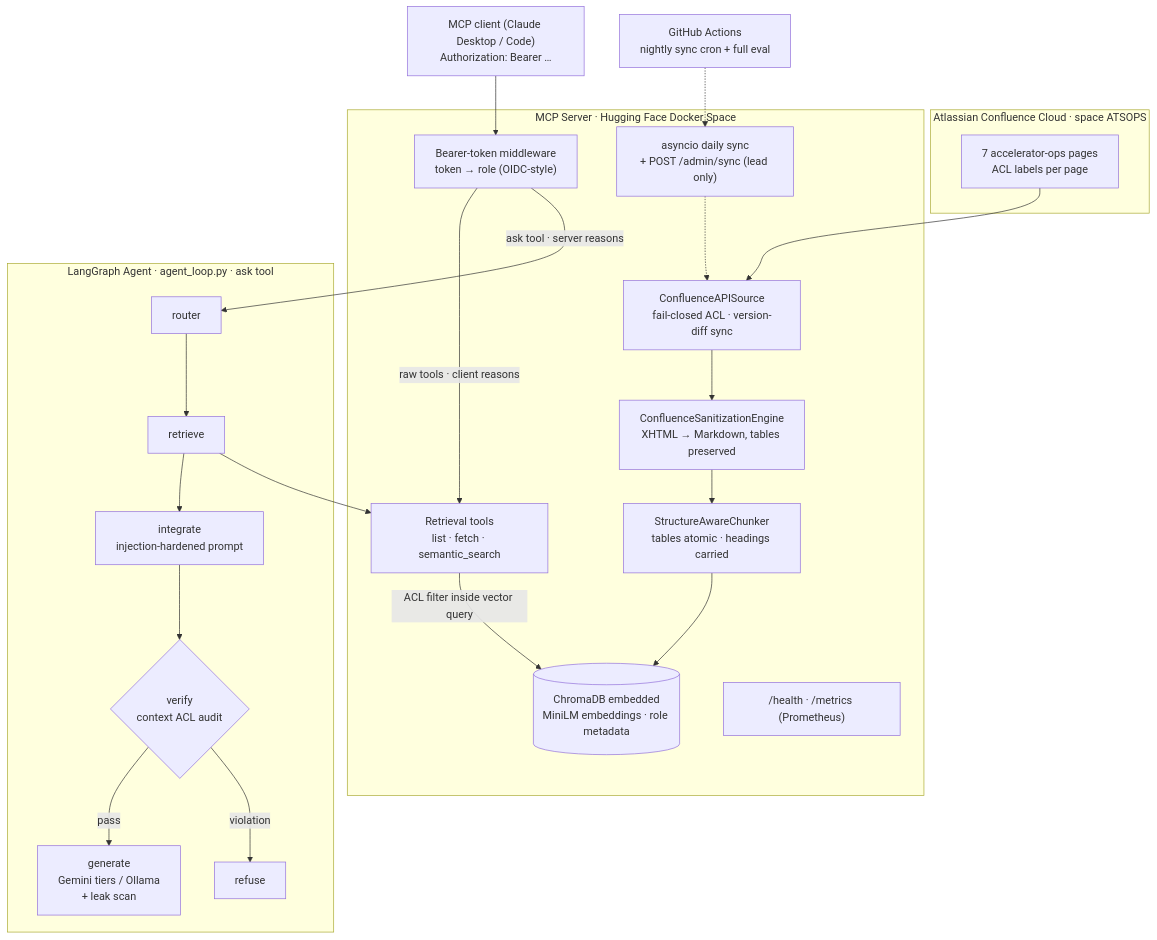
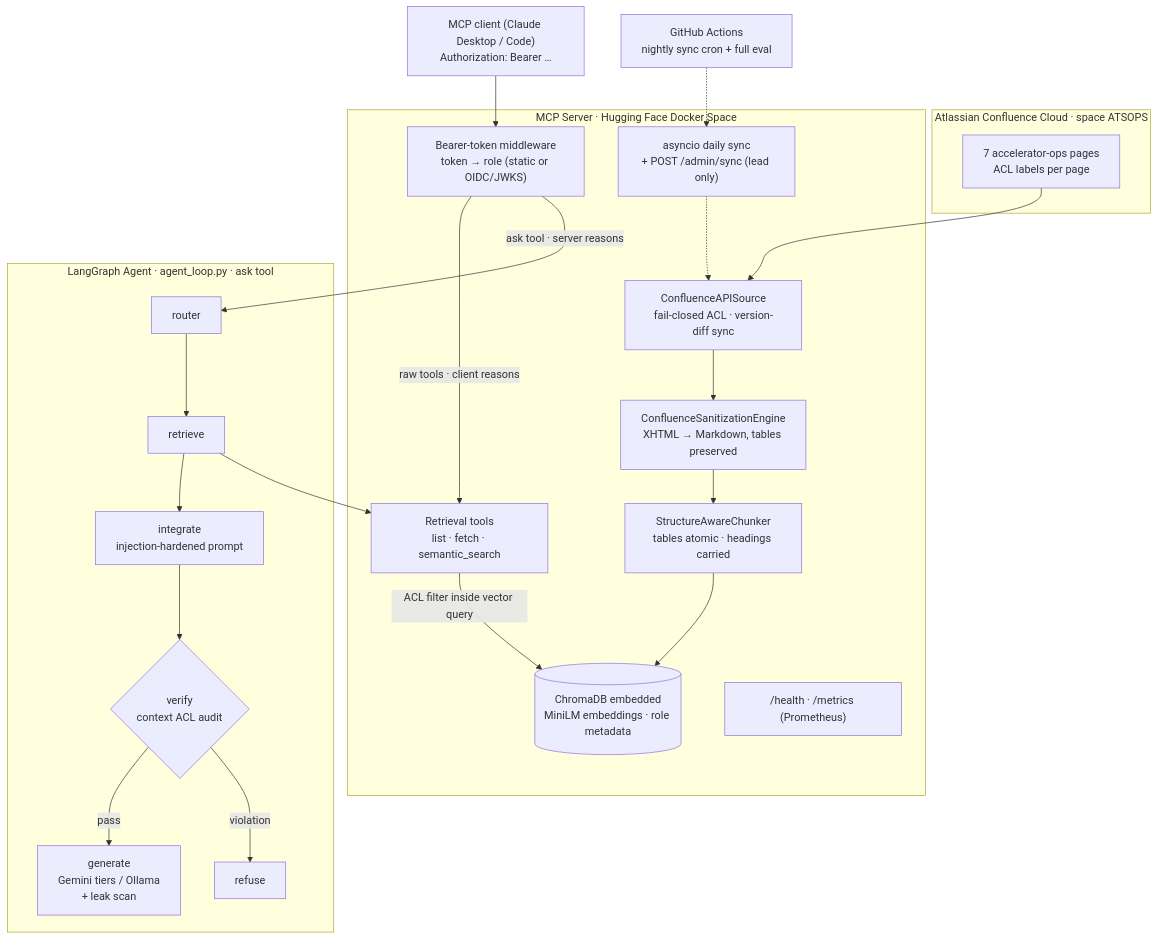
The diagram in README.md (HoodieYlya13/mcp-confluence-documentation-rag), drawn with Mermaid before and after one commit. The commit also changed other lines of this file and 1 other file, not shown here.

````diff
--- a/README.md
+++ b/README.md
@@ -34,38 +34,38 @@
 ```mermaid
 flowchart TD
     subgraph CONF["Atlassian Confluence Cloud · space ATSOPS"]
         PAGES["7 accelerator-ops pages\nACL labels per page"]
     end
 
     subgraph SRV["MCP Server · Hugging Face Docker Space"]
         CONN["ConfluenceAPISource\nfail-closed ACL · version-diff sync"]
         PARSE["ConfluenceSanitizationEngine\nXHTML → Markdown, tables preserved"]
         CHUNK["StructureAwareChunker\ntables atomic · headings carried"]
         IDX[("ChromaDB embedded\nMiniLM embeddings · role metadata")]
-        MW["Bearer-token middleware\ntoken → role (OIDC-style)"]
+        MW["Bearer-token middleware\ntoken → role (static or OIDC/JWKS)"]
         TOOLS["Retrieval tools\nlist · fetch · semantic_search"]
         SCHED["asyncio daily sync\n+ POST /admin/sync (lead only)"]
         OBS["/health · /metrics (Prometheus)"]
         CONN --> PARSE --> CHUNK --> IDX
         SCHED -.-> CONN
         MW -->|"raw tools · client reasons"| TOOLS
         TOOLS -->|"ACL filter inside vector query"| IDX
     end
 
     subgraph AGENT["LangGraph Agent · agent_loop.py · ask tool"]
         R["router"] --> RET["retrieve"]
         RET --> INT["integrate\ninjection-hardened prompt"]
         INT --> VER{"verify\ncontext ACL audit"}
         VER -->|pass| GEN["generate\nGemini tiers / Ollama\n+ leak scan"]
         VER -->|violation| REF["refuse"]
     end
 
     CLIENT["MCP client (Claude Desktop / Code)\nAuthorization: Bearer …"]
     GH["GitHub Actions\nnightly sync cron + full eval"]
 
     PAGES --> CONN
     CLIENT --> MW
     MW -->|"ask tool · server reasons"| R
     RET --> TOOLS
     GH -.-> SCHED
 ```
````
